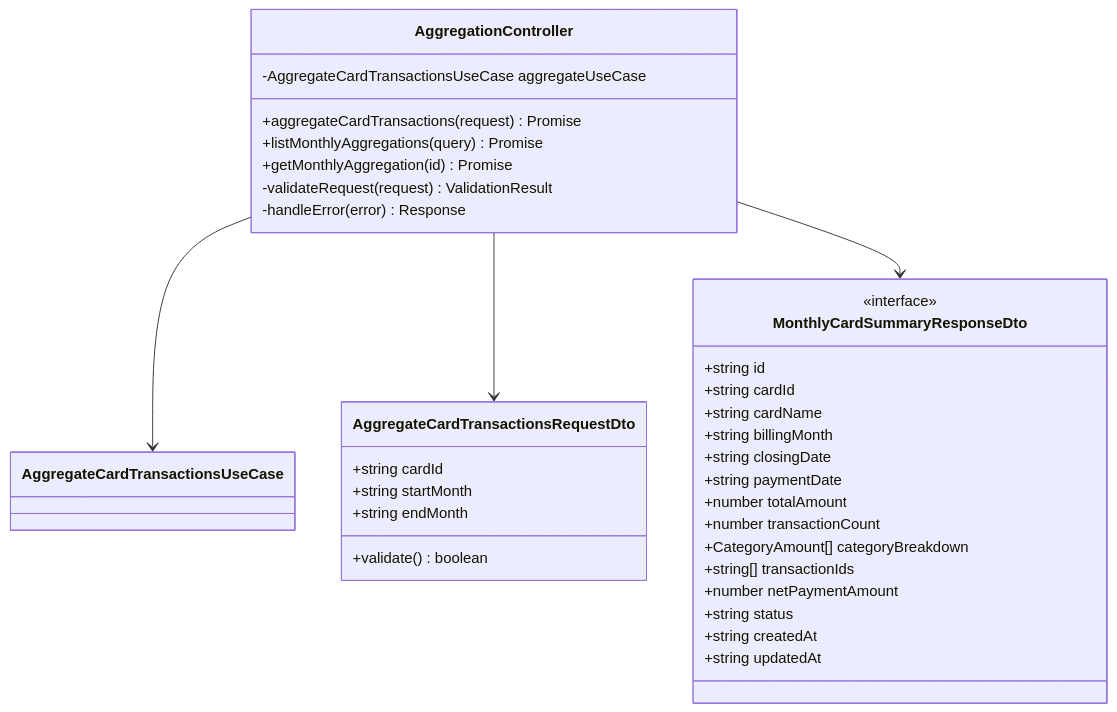
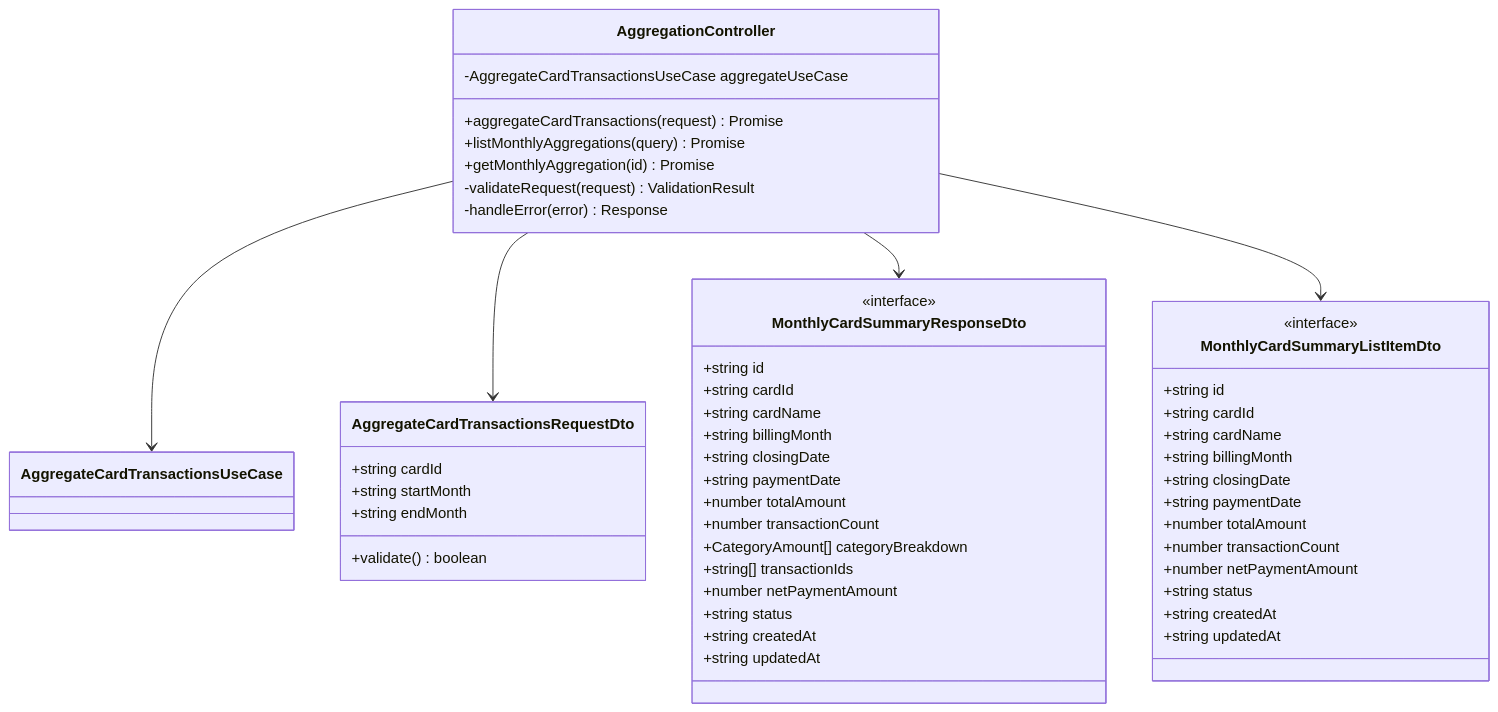
Before and after one commit to kencom2400/account-book: the fourth of 6 diagrams in docs/detailed-design/FR-012_credit-card-monthly-aggregation/class-diagrams.md, drawn with Mermaid. The commit also changed other lines of this file and 2 other files, not shown here.

Commit message:
fix(design): Geminiレビュー最終回対応 - 全3件の指摘を修正
Medium優先度（3件）:
1. Application層のRequestDTOからdiscountsを削除
   - AggregateCardTransactionsRequestDtoからdiscountsプロパティ削除
   - 他の設計書との一貫性を保つ

2. 一覧取得と詳細取得のDTOを分離
   - MonthlyCardSummaryListItemDtoを追加（簡略版）
   - MonthlyCardSummaryResponseDtoは詳細版として継続使用
   - 明確な命名規則で実装時の混乱を防止
   - class-diagrams.md: 両方のDTOを追加
   - input-output-design.md: TypeScript型定義を追加、説明を明記

3. シーケンス図の注釈のタイポ修正
   - 「ControllerはドメインエンティティをAPI扱わない」
   - → 「Controllerはドメインエンティティを扱わない」

設計書の完成度が最終段階に到達しました。

関連Issue: #33
関連PR: #323

````diff
--- a/docs/detailed-design/FR-012_credit-card-monthly-aggregation/class-diagrams.md
+++ b/docs/detailed-design/FR-012_credit-card-monthly-aggregation/class-diagrams.md
@@ -249,40 +248,57 @@
 ```mermaid
 classDiagram
     class AggregationController {
         -AggregateCardTransactionsUseCase aggregateUseCase
         +aggregateCardTransactions(request) Promise<Response>
         +listMonthlyAggregations(query) Promise<Response>
         +getMonthlyAggregation(id) Promise<Response>
         -validateRequest(request) ValidationResult
         -handleError(error) Response
     }
 
     class AggregateCardTransactionsRequestDto {
         +string cardId
         +string startMonth
         +string endMonth
         +validate() boolean
     }
 
     class MonthlyCardSummaryResponseDto {
         <<interface>>
         +string id
         +string cardId
         +string cardName
         +string billingMonth
         +string closingDate
         +string paymentDate
         +number totalAmount
         +number transactionCount
         +CategoryAmount[] categoryBreakdown
         +string[] transactionIds
         +number netPaymentAmount
         +string status
         +string createdAt
         +string updatedAt
     }
 
+    class MonthlyCardSummaryListItemDto {
+        <<interface>>
+        +string id
+        +string cardId
+        +string cardName
+        +string billingMonth
+        +string closingDate
+        +string paymentDate
+        +number totalAmount
+        +number transactionCount
+        +number netPaymentAmount
+        +string status
+        +string createdAt
+        +string updatedAt
+    }
+
     AggregationController --> AggregateCardTransactionsUseCase
     AggregationController --> AggregateCardTransactionsRequestDto
     AggregationController --> MonthlyCardSummaryResponseDto
+    AggregationController --> MonthlyCardSummaryListItemDto
 ```
````
